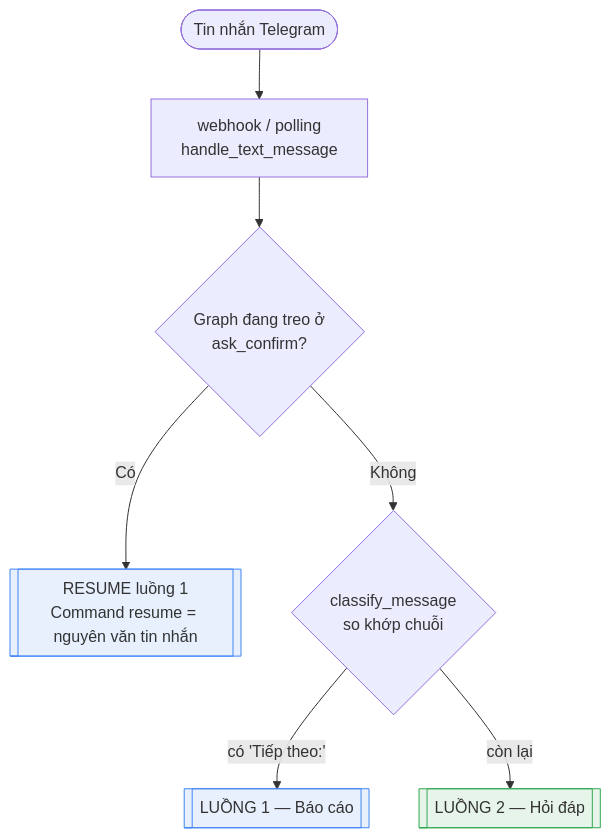
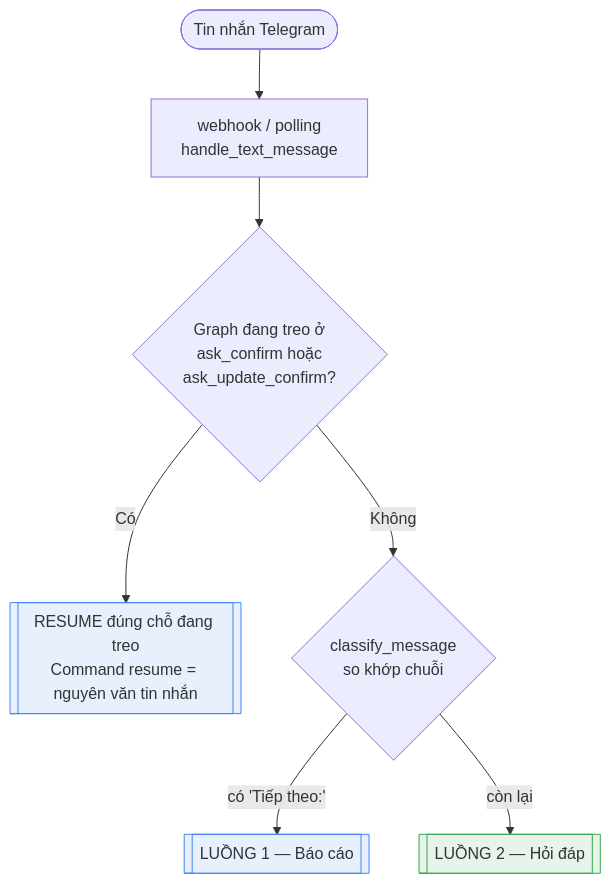
The first of 3 diagrams in docs/luong-xu-ly-agent.md (NguyenQuyenHacker/Telegram-Agent-Reminder-TAR-), drawn with Mermaid before and after one commit. The commit also changed other lines of this file and 37 other files, not shown here.

````diff
--- a/docs/luong-xu-ly-agent.md
+++ b/docs/luong-xu-ly-agent.md
@@ -36,15 +41,15 @@
 ```mermaid
 flowchart TD
     TG([Tin nhắn Telegram]) --> WH[webhook / polling<br/>handle_text_message]
-    WH --> AWAIT{Graph đang treo ở<br/>ask_confirm?}
+    WH --> AWAIT{Graph đang treo ở<br/>ask_confirm hoặc<br/>ask_update_confirm?}
 
-    AWAIT -->|Có| RESUME[[RESUME luồng 1<br/>Command resume = nguyên văn tin nhắn]]
+    AWAIT -->|Có| RESUME[[RESUME đúng chỗ đang treo<br/>Command resume = nguyên văn tin nhắn]]
 
     AWAIT -->|Không| CLS{classify_message<br/>so khớp chuỗi}
     CLS -->|có 'Tiếp theo:'| L1[[LUỒNG 1 — Báo cáo]]
     CLS -->|còn lại| L2[[LUỒNG 2 — Hỏi đáp]]
 
     style L1 fill:#e8f0fe,stroke:#4285f4
     style L2 fill:#e6f4ea,stroke:#34a853
     style RESUME fill:#e8f0fe,stroke:#4285f4
 ```
````
